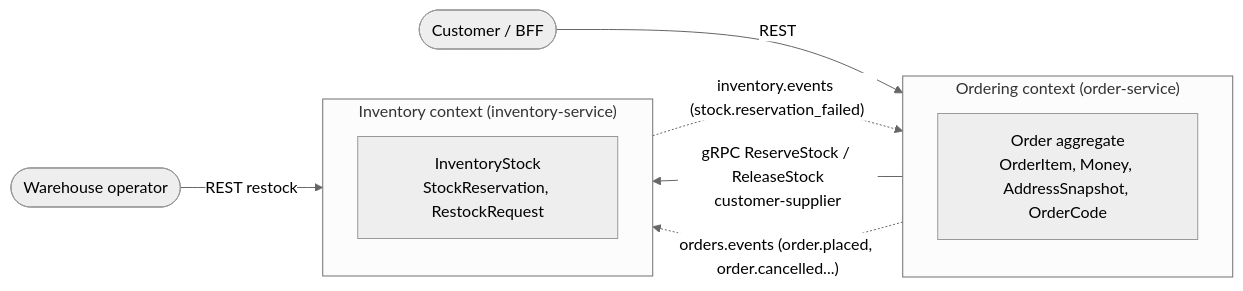
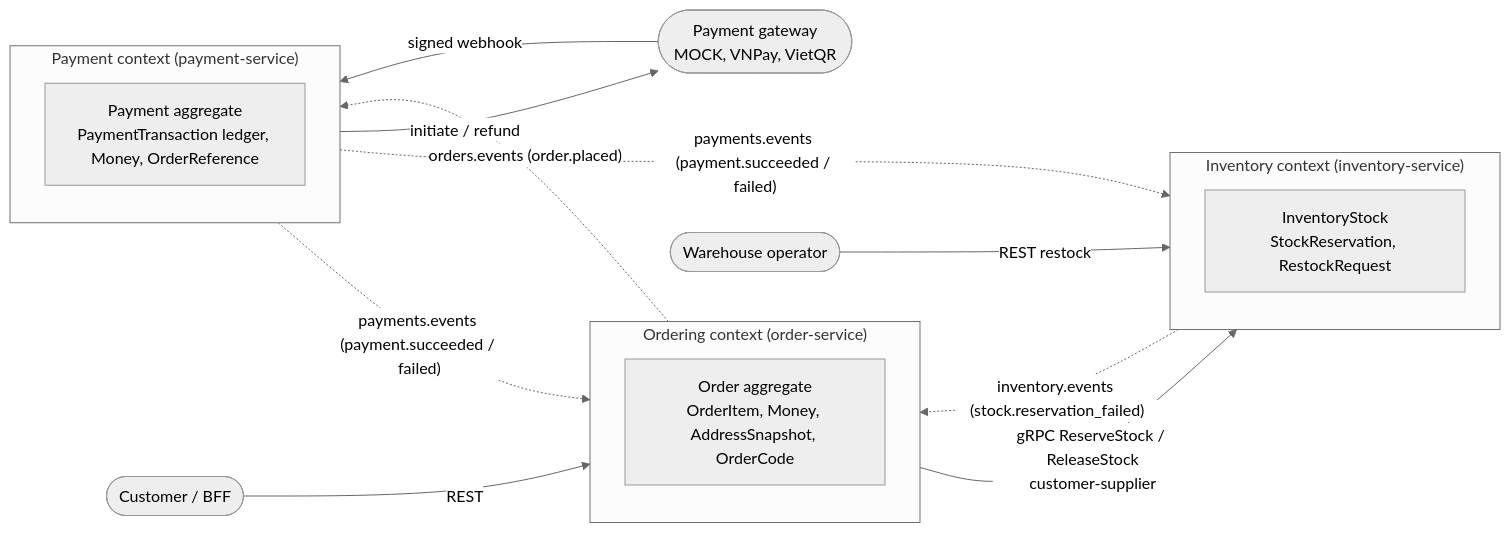
One commit to NamCaoDev/nestjs-ecommerce changed the first of 11 diagrams in docs/system-design.md. Above: the diagram before and after it, drawn with Mermaid (neutral theme). The commit also changed other lines of this file and 330 other files, not shown here.

````diff
--- a/docs/system-design.md
+++ b/docs/system-design.md
@@ -24,14 +27,21 @@
 ```mermaid
 flowchart LR
   subgraph Ordering["Ordering context (order-service)"]
     O[Order aggregate<br/>OrderItem, Money, AddressSnapshot, OrderCode]
   end
   subgraph Inventory["Inventory context (inventory-service)"]
     S[InventoryStock<br/>StockReservation, RestockRequest]
   end
+  subgraph Payment["Payment context (payment-service)"]
+    P[Payment aggregate<br/>PaymentTransaction ledger, Money, OrderReference]
+  end
   Customer([Customer / BFF]) -->|REST| Ordering
   Ordering -->|gRPC ReserveStock / ReleaseStock<br/>customer-supplier| Inventory
-  Ordering -. "orders.events (order.placed, order.cancelled...)" .-> Inventory
+  Ordering -. "orders.events (order.placed)" .-> Payment
+  Payment -. "payments.events (payment.succeeded / failed)" .-> Ordering
+  Payment -. "payments.events (payment.succeeded / failed)" .-> Inventory
   Inventory -. "inventory.events (stock.reservation_failed)" .-> Ordering
+  Gateway([Payment gateway<br/>MOCK, VNPay, VietQR]) -->|signed webhook| Payment
+  Payment -->|initiate / refund| Gateway
   Warehouse([Warehouse operator]) -->|REST restock| Inventory
 ```
````
